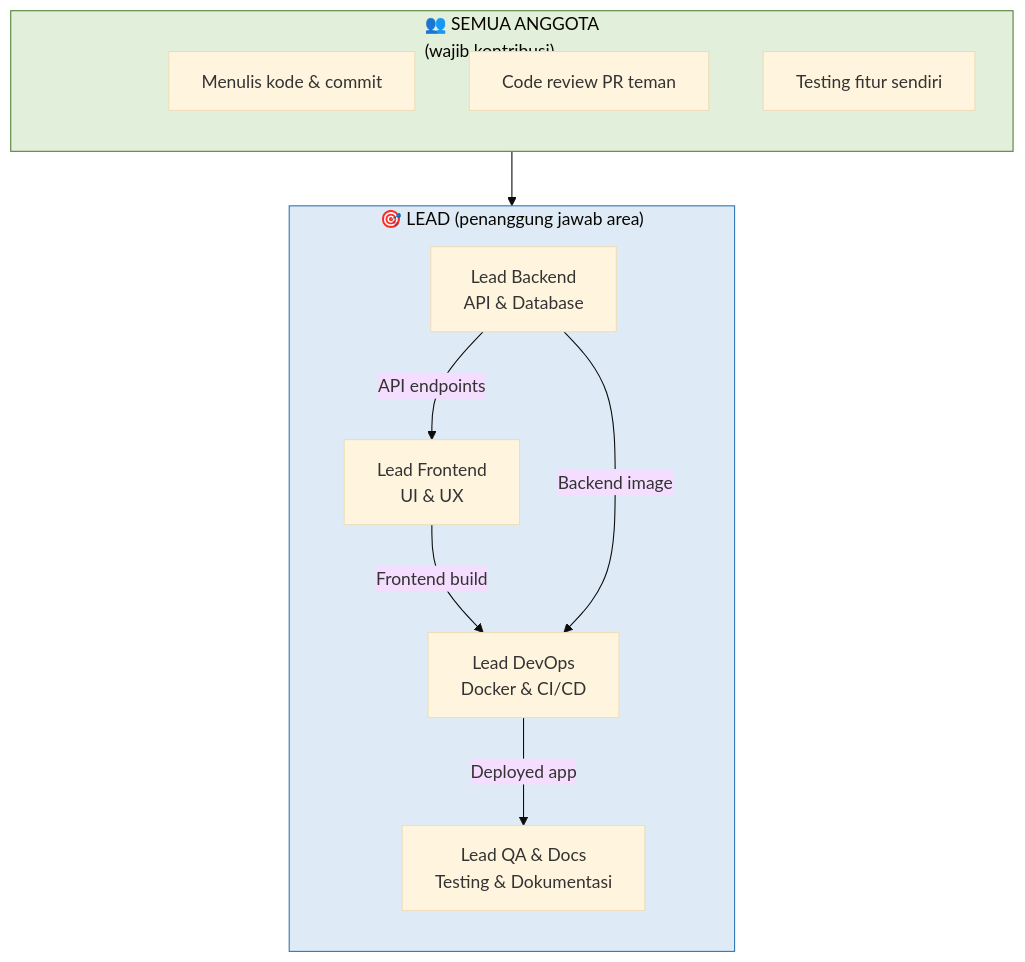
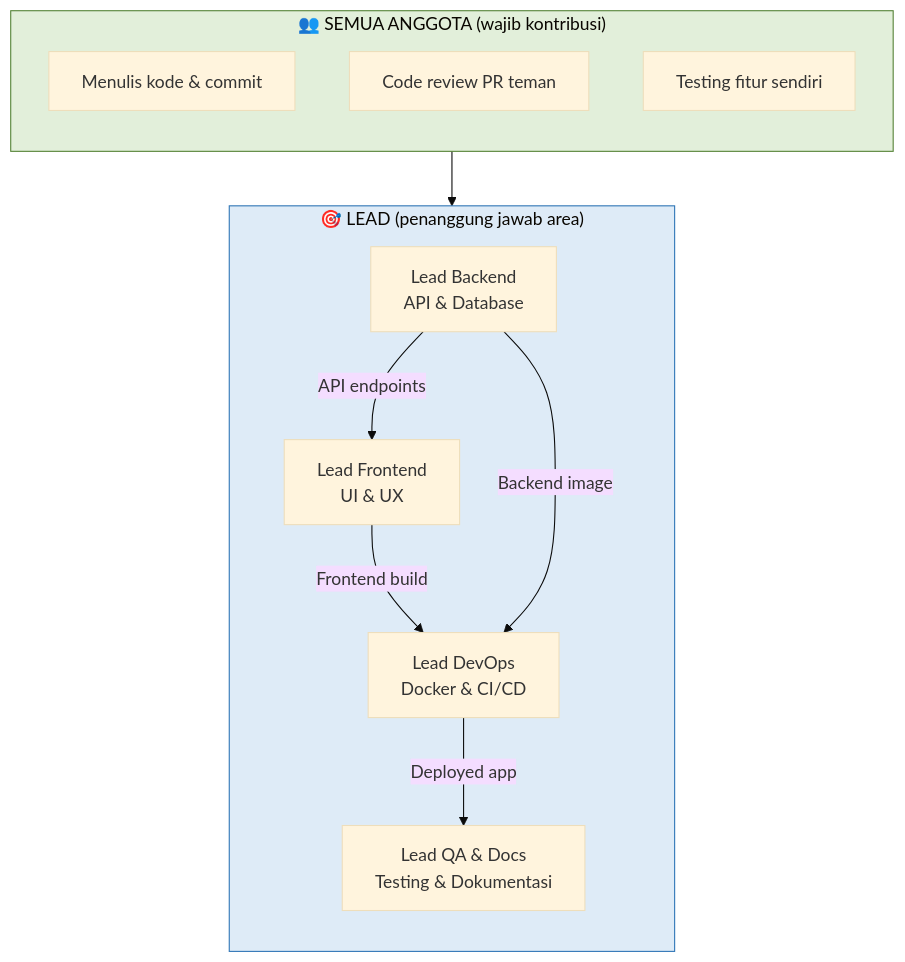
Before and after one commit to justdyn/2026-modul-praktikum-cloudcomputing: the first of 11 diagrams in 01-modul.md, drawn with Mermaid (base theme).

````diff
--- a/01-modul.md
+++ b/01-modul.md
@@ -79,29 +79,26 @@
 ```mermaid
 flowchart TD
-    subgraph SEMUA ["👥 SEMUA ANGGOTA
-    (wajib kontribusi)"]
+    subgraph SEMUA ["👥 SEMUA ANGGOTA (wajib kontribusi)"]
         direction TB
-        SPACE[ ]:::hidden
         CODE[Menulis kode & commit]
         REVIEW[Code review PR teman]
         TEST[Testing fitur sendiri]
     end
 
     subgraph LEADS ["🎯 LEAD (penanggung jawab area)"]
         direction TB
         BE[Lead Backend<br/>API & Database]
         FE[Lead Frontend<br/>UI & UX]
         DO[Lead DevOps<br/>Docker & CI/CD]
         QA[Lead QA & Docs<br/>Testing & Dokumentasi]
     end
 
     SEMUA --> LEADS
     BE -->|API endpoints| FE
     FE -->|Frontend build| DO
     BE -->|Backend image| DO
     DO -->|Deployed app| QA
 
     style SEMUA fill:#E2EFDA,stroke:#548235
     style LEADS fill:#DEEBF7,stroke:#2E75B6
-    style SPACE fill:none,stroke:none,color:none
 ```
````
